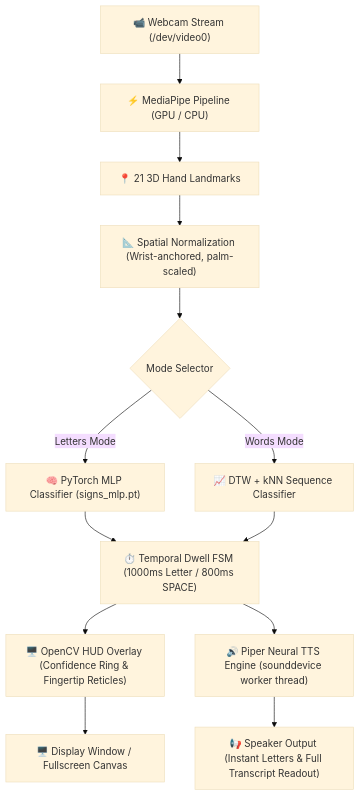
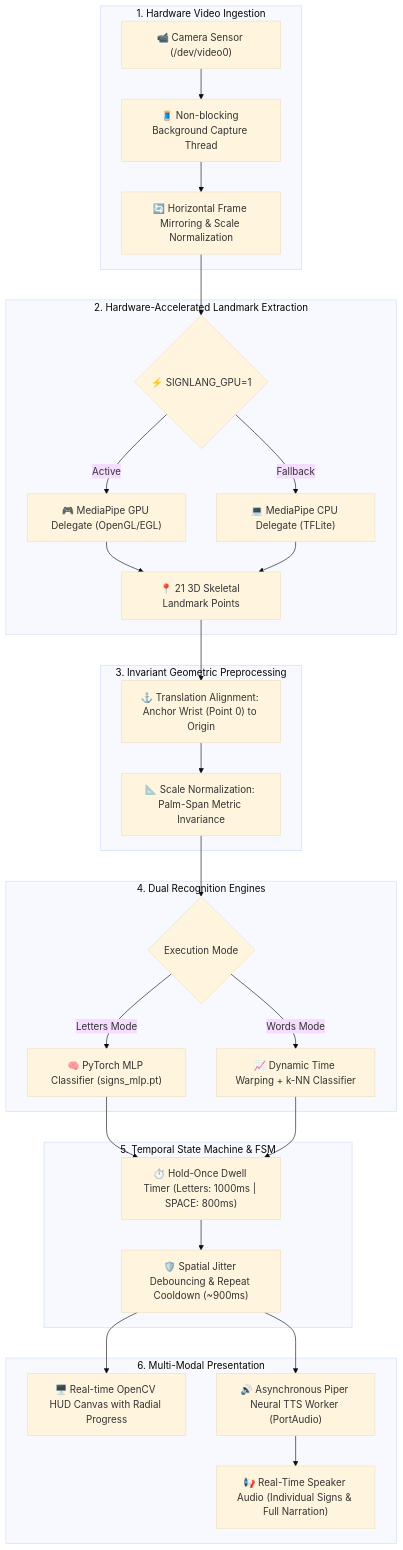
Before and after one commit to RAZOR-NINJAS/SignLang: the diagram in README.md, drawn with Mermaid (base theme). The commit also changed other lines of this file, not shown here.

Commit message:
Expand README with formal multi-point structure and GPU delegate specifications

````diff
--- a/README.md
+++ b/README.md
@@ -30,20 +42,38 @@
 ```mermaid
 flowchart TD
-    CAM["📹 Webcam Stream (/dev/video0)"] --> PIPE["⚡ MediaPipe Pipeline (GPU / CPU)"]
-    PIPE --> LMS["📍 21 3D Hand Landmarks"]
-    LMS --> NORM["📐 Spatial Normalization (Wrist-anchored, palm-scaled)"]
-    
-    NORM --> STATIC{"Mode Selector"}
-    
-    STATIC -->|Letters Mode| MLP["🧠 PyTorch MLP Classifier (signs_mlp.pt)"]
-    STATIC -->|Words Mode| DTW["📈 DTW + kNN Sequence Classifier"]
-    
-    MLP --> DWELL["⏱️ Temporal Dwell FSM (1000ms Letter / 800ms SPACE)"]
-    DTW --> DWELL
-    
-    DWELL --> HUD["🖥️ OpenCV HUD Overlay (Confidence Ring & Fingertip Reticles)"]
-    DWELL --> TTS["🔊 Piper Neural TTS Engine (sounddevice worker thread)"]
-    
-    TTS --> SPK["📢 Speaker Output (Instant Letters & Full Transcript Readout)"]
-    HUD --> SCR["🖥️ Display Window / Fullscreen Canvas"]
+    subgraph INGESTION ["1. Hardware Video Ingestion"]
+        CAM["📹 Camera Sensor (/dev/video0)"] --> THREAD["🧵 Non-blocking Background Capture Thread"]
+        THREAD --> MIRROR["🔄 Horizontal Frame Mirroring & Scale Normalization"]
+    end
+
+    subgraph DETECTION ["2. Hardware-Accelerated Landmark Extraction"]
+        MIRROR --> GPU{"⚡ SIGNLANG_GPU=1"}
+        GPU -->|Active| GL["🎮 MediaPipe GPU Delegate (OpenGL/EGL)"]
+        GPU -->|Fallback| CPU["💻 MediaPipe CPU Delegate (TFLite)"]
+        GL --> LM["📍 21 3D Skeletal Landmark Points"]
+        CPU --> LM
+    end
+
+    subgraph NORMALIZATION ["3. Invariant Geometric Preprocessing"]
+        LM --> ANCHOR["⚓ Translation Alignment: Anchor Wrist (Point 0) to Origin"]
+        ANCHOR --> SCALE["📐 Scale Normalization: Palm-Span Metric Invariance"]
+    end
+
+    subgraph INFERENCE ["4. Dual Recognition Engines"]
+        SCALE --> SELECTOR{"Execution Mode"}
+        SELECTOR -->|Letters Mode| MLP["🧠 PyTorch MLP Classifier (signs_mlp.pt)"]
+        SELECTOR -->|Words Mode| DTW["📈 Dynamic Time Warping + k-NN Classifier"]
+    end
+
+    subgraph STABILIZATION ["5. Temporal State Machine & FSM"]
+        MLP --> DWELL["⏱️ Hold-Once Dwell Timer (Letters: 1000ms | SPACE: 800ms)"]
+        DTW --> DWELL
+        DWELL --> DEBOUNCE["🛡️ Spatial Jitter Debouncing & Repeat Cooldown (~900ms)"]
+    end
+
+    subgraph OUTPUT ["6. Multi-Modal Presentation"]
+        DEBOUNCE --> HUD["🖥️ Real-time OpenCV HUD Canvas with Radial Progress"]
+        DEBOUNCE --> TTS["🔊 Asynchronous Piper Neural TTS Worker (PortAudio)"]
+        TTS --> AUDIO["📢 Real-Time Speaker Audio (Individual Signs & Full Narration)"]
+    end
 ```
````
